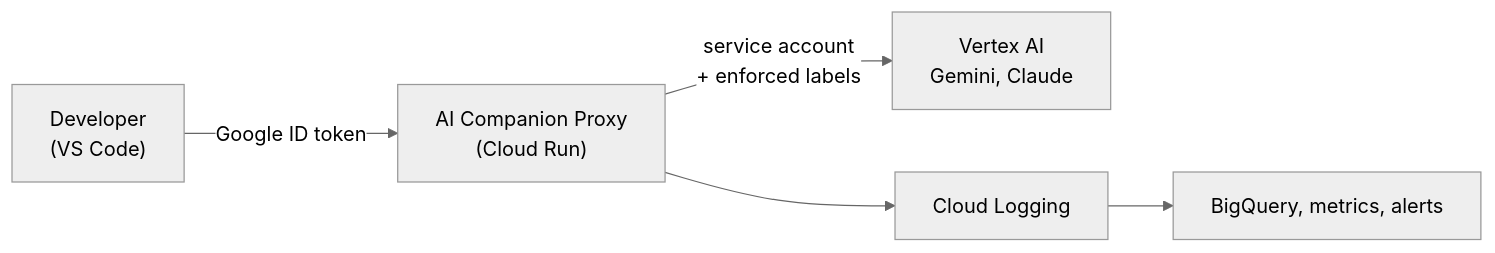
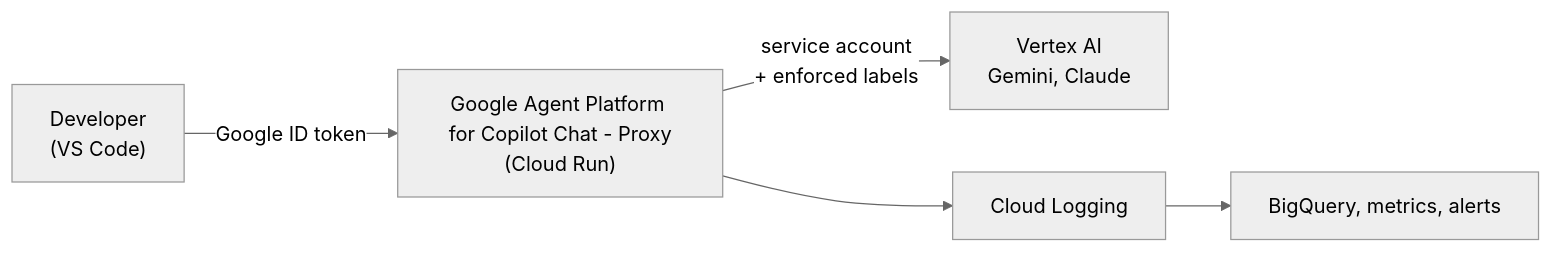
One commit to jorsm/vertex-ai-models-chat-provider-proxy changed the diagram in README.md. Above: the diagram before and after it, drawn with Mermaid (neutral theme). The commit also changed other lines of this file and 26 other files, not shown here.

First line of the commit message:
docs: rename the product to Google Agent Platform for Copilot Chat - Proxy

````diff
--- a/README.md
+++ b/README.md
@@ -7,6 +7,6 @@
 ```mermaid
 flowchart LR
-    Dev["Developer<br/>(VS Code)"] -->|"Google ID token"| Proxy["AI Companion Proxy<br/>(Cloud Run)"]
+    Dev["Developer<br/>(VS Code)"] -->|"Google ID token"| Proxy["Google Agent Platform for Copilot Chat - Proxy<br/>(Cloud Run)"]
     Proxy -->|"service account<br/>+ enforced labels"| Vertex["Vertex AI<br/>Gemini, Claude"]
     Proxy --> Logs["Cloud Logging"] --> BQ["BigQuery, metrics, alerts"]
 ```
````
